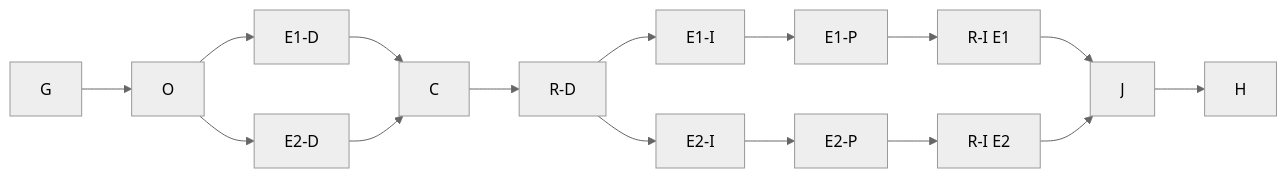
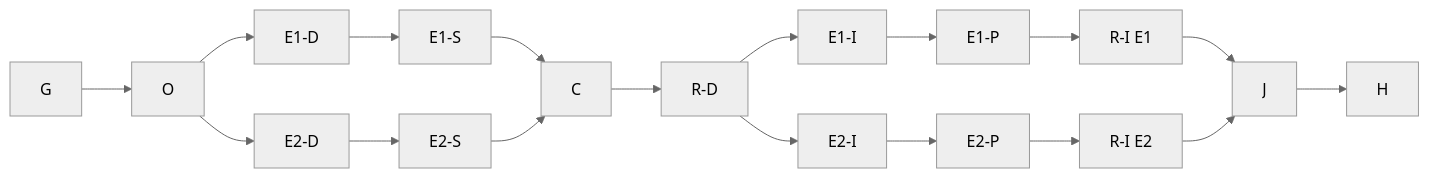
One commit to timianmalloo/ai-de changed the diagram in docs/plans/atlas-views.md. Above: the diagram before and after it, drawn with Mermaid (neutral theme). The commit also changed other lines of this file and 10 other files, not shown here.

````diff
--- a/docs/plans/atlas-views.md
+++ b/docs/plans/atlas-views.md
@@ -70,18 +72,20 @@
 ```mermaid
 flowchart LR
  G --> O
  O --> D1[E1-D]
  O --> D2[E2-D]
- D1 --> C
- D2 --> C
+ D1 --> S1[E1-S]
+ D2 --> S2[E2-S]
+ S1 --> C
+ S2 --> C
  C --> RD[R-D]
  RD --> I1[E1-I]
  RD --> I2[E2-I]
  I1 --> P1[E1-P]
  I2 --> P2[E2-P]
  P1 --> R1[R-I E1]
  P2 --> R2[R-I E2]
  R1 --> J
  R2 --> J
  J --> H
 ```
````
